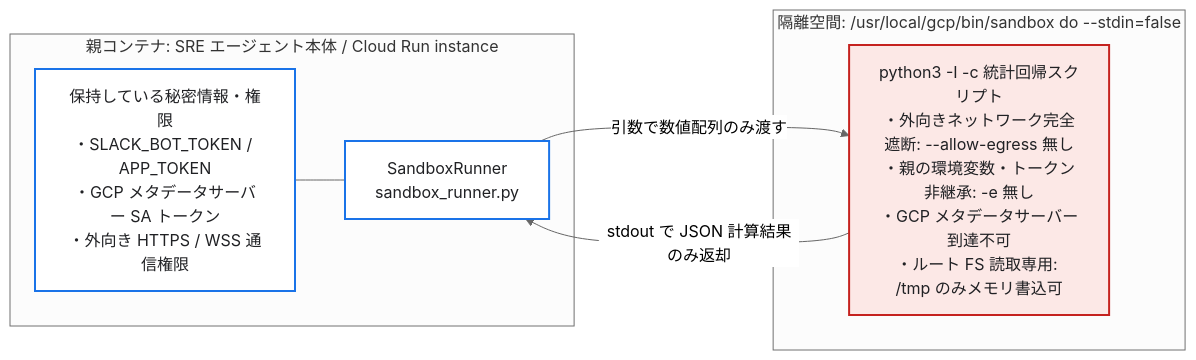
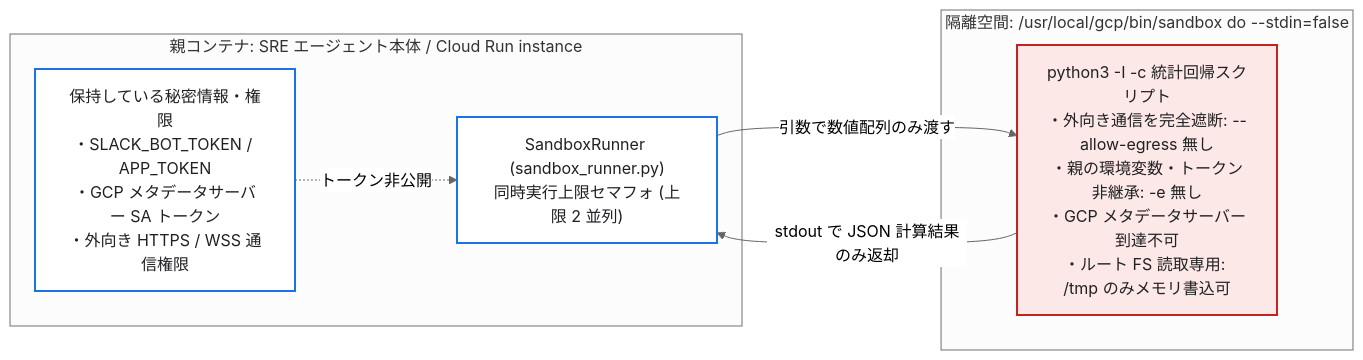
One commit to tyorikan/agentic-sre-handson changed the second of 2 diagrams in docs/03-diagnostic-agent-and-sandbox.md. Above: the diagram before and after it, drawn with Mermaid (neutral theme). The commit also changed other lines of this file and 12 other files, not shown here.

Commit message:
docs: improve readability of 8 wide architecture diagrams with 2D Bento grids

````diff
--- a/docs/03-diagnostic-agent-and-sandbox.md
+++ b/docs/03-diagnostic-agent-and-sandbox.md
@@ -88,20 +87,20 @@
 ```mermaid
 flowchart LR
     subgraph HostContainer["親コンテナ: SRE エージェント本体 / Cloud Run instance"]
         Env["保持している秘密情報・権限<br/>・SLACK_BOT_TOKEN / APP_TOKEN<br/>・GCP メタデータサーバー SA トークン<br/>・外向き HTTPS / WSS 通信権限"]
-        Runner["SandboxRunner<br/>sandbox_runner.py"]
-        Env --- Runner
+        Runner["SandboxRunner (sandbox_runner.py)<br/>同時実行上限セマフォ (上限 2 並列)"]
+        Env -.->|"トークン非公開"| Runner
     end
 
     subgraph IsolatedSandbox["隔離空間: /usr/local/gcp/bin/sandbox do --stdin=false"]
-        Calc["python3 -I -c 統計回帰スクリプト<br/>・外向きネットワーク完全遮断: --allow-egress 無し<br/>・親の環境変数・トークン非継承: -e 無し<br/>・GCP メタデータサーバー到達不可<br/>・ルート FS 読取専用: /tmp のみメモリ書込可"]
+        Calc["python3 -I -c 統計回帰スクリプト<br/>・外向き通信を完全遮断: --allow-egress 無し<br/>・親の環境変数・トークン非継承: -e 無し<br/>・GCP メタデータサーバー到達不可<br/>・ルート FS 読取専用: /tmp のみメモリ書込可"]
     end
 
     Runner -->|"引数で数値配列のみ渡す"| Calc
     Calc -->|"stdout で JSON 計算結果のみ返却"| Runner
 
     classDef host fill:#ffffff,stroke:#1a73e8,stroke-width:2px,color:#202124;
     classDef iso fill:#fce8e6,stroke:#c5221f,stroke-width:2px,color:#202124;
     class Env,Runner host;
     class Calc iso;
 ```
````
